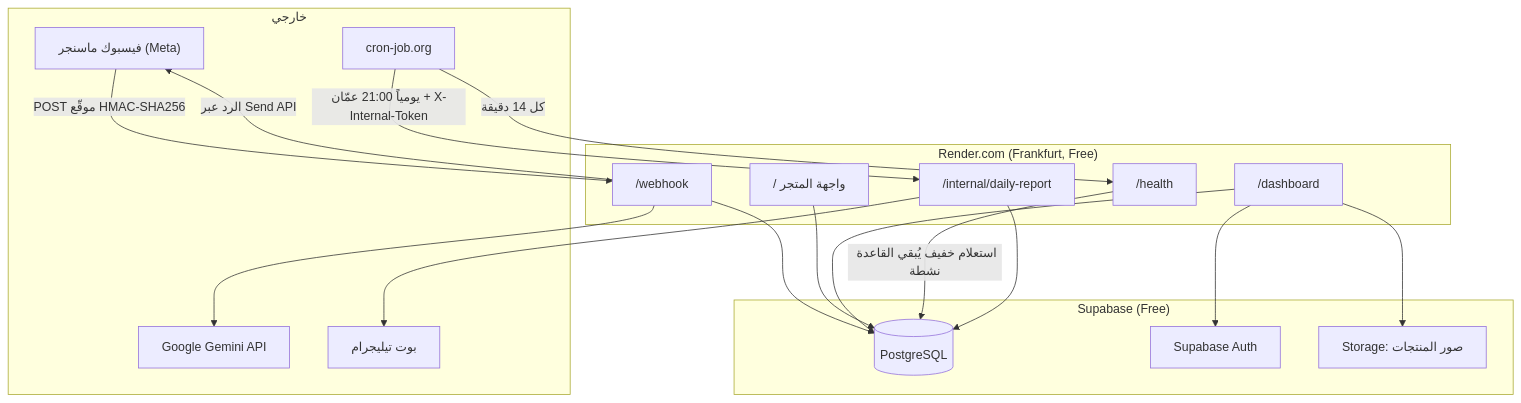
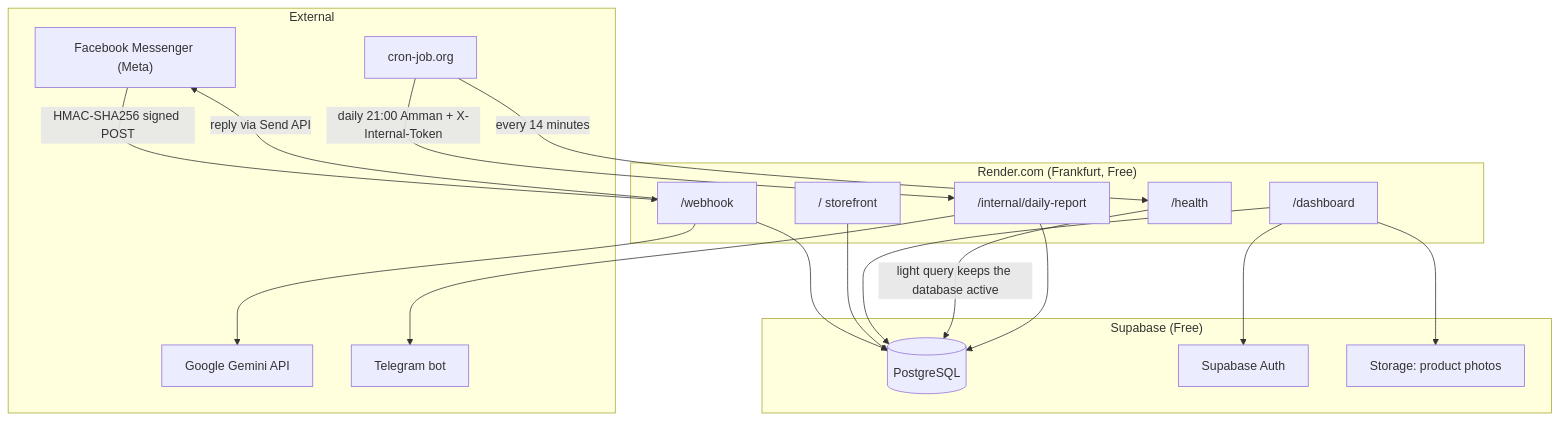
The diagram in README.md (rashedraed04/messenger-agent), drawn with Mermaid before and after one commit. The commit also changed other lines of this file and 1 other file, not shown here.

````diff
--- a/README.md
+++ b/README.md
@@ -29,37 +29,37 @@
 ```mermaid
 graph TB
-    subgraph "خارجي"
-        META["فيسبوك ماسنجر (Meta)"]
+    subgraph "External"
+        META["Facebook Messenger (Meta)"]
         GEMINI["Google Gemini API"]
-        TELEGRAM["بوت تيليجرام"]
+        TELEGRAM["Telegram bot"]
         CRON["cron-job.org"]
     end
 
     subgraph "Render.com (Frankfurt, Free)"
         WH["/webhook"]
-        SHOP["/ واجهة المتجر"]
+        SHOP["/ storefront"]
         DASH["/dashboard"]
         HEALTH["/health"]
         REPORT["/internal/daily-report"]
     end
 
     subgraph "Supabase (Free)"
         DB[("PostgreSQL")]
         AUTH["Supabase Auth"]
-        STORAGE["Storage: صور المنتجات"]
+        STORAGE["Storage: product photos"]
     end
 
-    META -->|"POST موقّع HMAC-SHA256"| WH
+    META -->|"HMAC-SHA256 signed POST"| WH
     WH --> GEMINI
-    WH -->|"الرد عبر Send API"| META
+    WH -->|"reply via Send API"| META
     WH --> DB
     SHOP --> DB
     DASH --> AUTH
     DASH --> DB
     DASH --> STORAGE
-    CRON -->|"كل 14 دقيقة"| HEALTH
-    HEALTH -->|"استعلام خفيف يُبقي القاعدة نشطة"| DB
-    CRON -->|"يومياً 21:00 عمّان + X-Internal-Token"| REPORT
+    CRON -->|"every 14 minutes"| HEALTH
+    HEALTH -->|"light query keeps the database active"| DB
+    CRON -->|"daily 21:00 Amman + X-Internal-Token"| REPORT
     REPORT --> DB
     REPORT --> TELEGRAM
 ```
````
